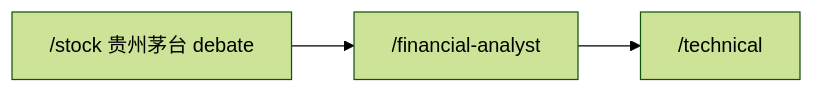
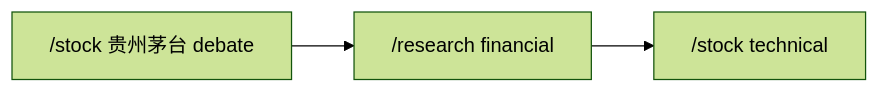
Before and after one commit to CurtisTong/stock-analyzer-skill: the fourth of 5 diagrams in README.md, drawn with Mermaid (forest theme). The commit also changed other lines of this file and 8 other files, not shown here.

````diff
--- a/README.md
+++ b/README.md
@@ -391,5 +391,5 @@
 ```mermaid
 flowchart LR
-  A["/stock 贵州茅台 debate"] --> B["/financial-analyst"]
-  B --> C["/technical"]
+  A["/stock 贵州茅台 debate"] --> B["/research financial"]
+  B --> C["/stock technical"]
 ```
````
